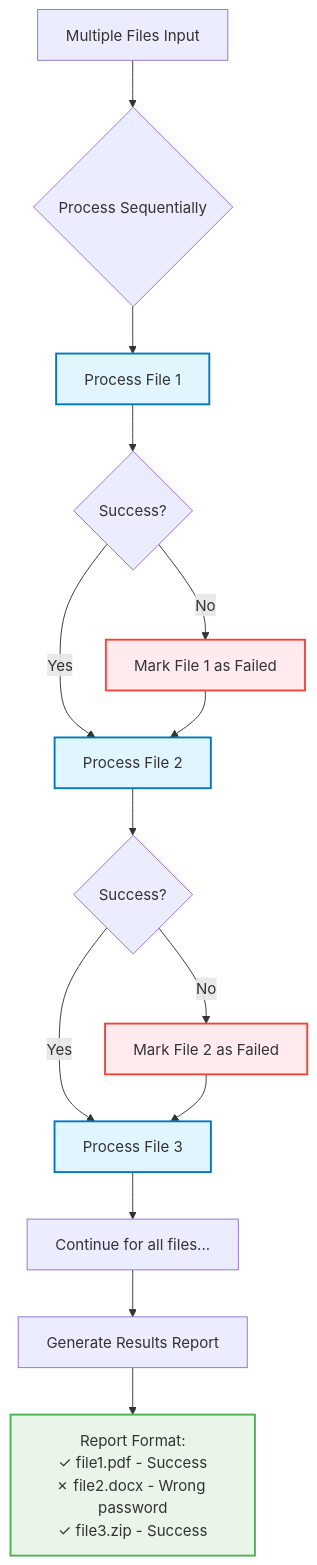
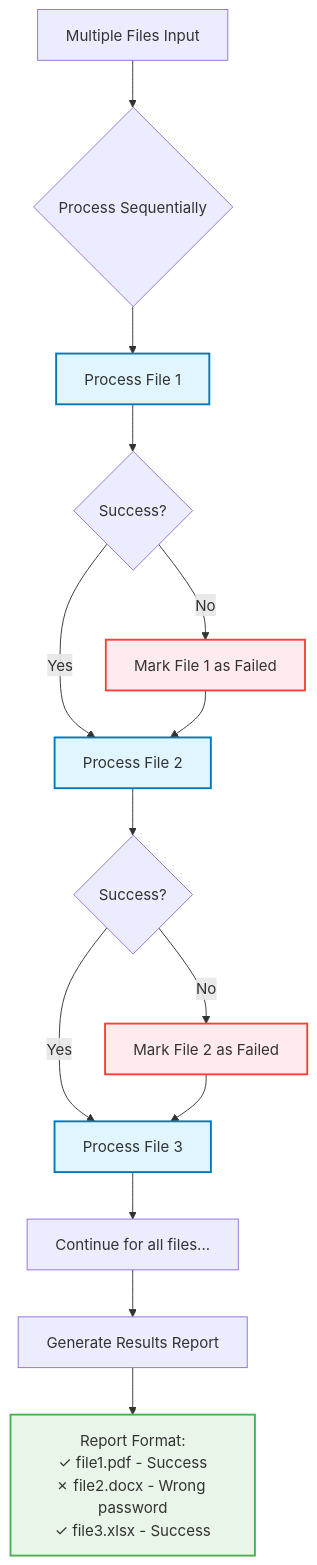
One commit to tenpainator/fast_pass changed diagram 11 of 12 in dev/fastpass_business_logic.md. Above: the diagram before and after it, drawn with Mermaid. The commit also changed other lines of this file and 1 other file, not shown here.

First line of the commit message:
Remove ZIP support, backup functionality, and password reuse pool

````diff
--- a/dev/fastpass_business_logic.md
+++ b/dev/fastpass_business_logic.md
@@ -293,27 +538,27 @@
 ```mermaid
 flowchart TD
     BatchStart[Multiple Files Input] --> Sequential{Process Sequentially}
     Sequential --> File1[Process File 1]
     File1 --> File1Success{Success?}
     File1Success -->|Yes| File2[Process File 2]
     File1Success -->|No| MarkFailed1[Mark File 1 as Failed]
     MarkFailed1 --> File2
     
     File2 --> File2Success{Success?}
     File2Success -->|Yes| File3[Process File 3]
     File2Success -->|No| MarkFailed2[Mark File 2 as Failed]
     MarkFailed2 --> File3
     
     File3 --> ContinueOrComplete[Continue for all files...]
     ContinueOrComplete --> Report[Generate Results Report]
     
-    Report --> ReportFormat[Report Format:<br/>✓ file1.pdf - Success<br/>✗ file2.docx - Wrong password<br/>✓ file3.zip - Success]
+    Report --> ReportFormat[Report Format:<br/>✓ file1.pdf - Success<br/>✗ file2.docx - Wrong password<br/>✓ file3.xlsx - Success]
     
     classDef success fill:#e8f5e8,stroke:#4caf50,stroke-width:2px
     classDef failure fill:#ffebee,stroke:#f44336,stroke-width:2px
     classDef process fill:#e1f5fe,stroke:#0277bd,stroke-width:2px
     
     class File1,File2,File3 process
     class MarkFailed1,MarkFailed2 failure
     class ReportFormat success
 ```
````
